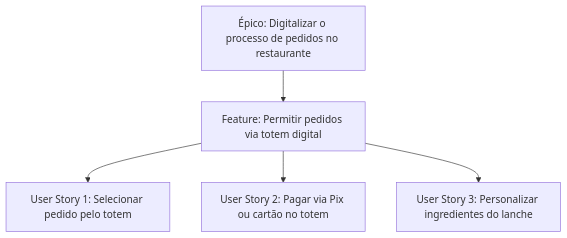
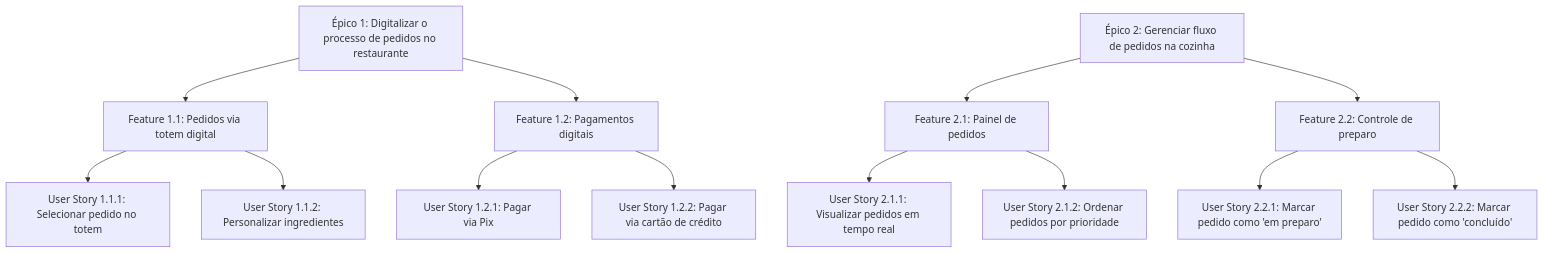
Before and after one commit to profAndreSouza/Material: the diagram in Engenharia de Software/05 User Stories.md, drawn with Mermaid.

````diff
--- a/Engenharia de Software/05 User Stories.md
+++ b/Engenharia de Software/05 User Stories.md
@@ -107,7 +107,23 @@
 ```mermaid
 graph TD
-    A[Épico: Digitalizar o processo de pedidos no restaurante] --> B[Feature: Permitir pedidos via totem digital]
-    B --> C1[User Story 1: Selecionar pedido pelo totem]
-    B --> C2[User Story 2: Pagar via Pix ou cartão no totem]
-    B --> C3[User Story 3: Personalizar ingredientes do lanche]
+    %% Épico 1
+    A[Épico 1: Digitalizar o processo de pedidos no restaurante] --> B1[Feature 1.1: Pedidos via totem digital]
+    A --> B2[Feature 1.2: Pagamentos digitais]
+
+    B1 --> C11[User Story 1.1.1: Selecionar pedido no totem]
+    B1 --> C12[User Story 1.1.2: Personalizar ingredientes]
+
+    B2 --> C21[User Story 1.2.1: Pagar via Pix]
+    B2 --> C22[User Story 1.2.2: Pagar via cartão de crédito]
+
+    %% Épico 2
+    D[Épico 2: Gerenciar fluxo de pedidos na cozinha] --> E1[Feature 2.1: Painel de pedidos]
+    D --> E2[Feature 2.2: Controle de preparo]
+
+    E1 --> F11[User Story 2.1.1: Visualizar pedidos em tempo real]
+    E1 --> F12[User Story 2.1.2: Ordenar pedidos por prioridade]
+
+    E2 --> F21[User Story 2.2.1: Marcar pedido como 'em preparo']
+    E2 --> F22[User Story 2.2.2: Marcar pedido como 'concluído']
+
 ```
````
